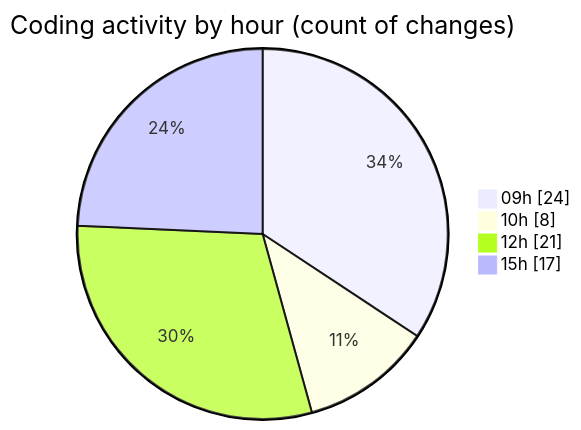
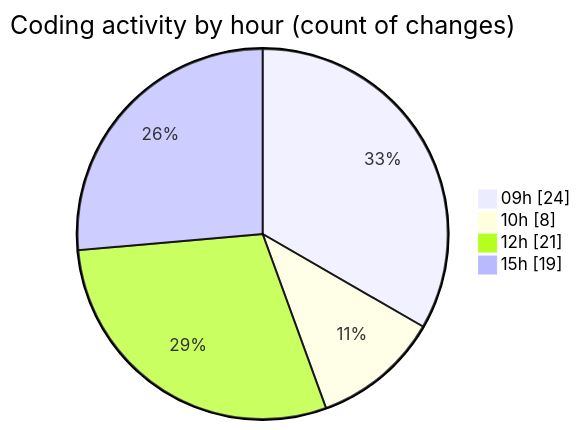
The second of 2 diagrams in 2025-08-18/rentotp/README.md (lephambinh05/code-tracking), drawn with Mermaid before and after one commit. The commit also changed other lines of this file and 1 other file, not shown here.

````diff
--- a/2025-08-18/rentotp/README.md
+++ b/2025-08-18/rentotp/README.md
@@ -57,8 +59,8 @@
 ```mermaid
 pie showData
 title Coding activity by hour (count of changes)
 "09h" : 24
 "10h" : 8
 "12h" : 21
-"15h" : 17
+"15h" : 19
 ```
````
